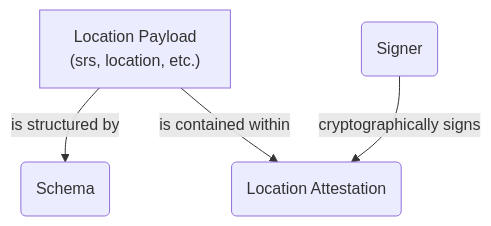
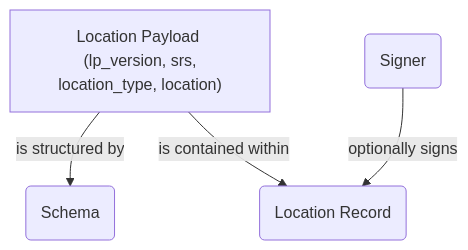
One commit to DecentralizedGeo/location-protocol-spec changed the first of 2 diagrams in docs/spec-page/introduction/core-concepts.md. Above: the diagram before and after it, drawn with Mermaid. The commit also changed other lines of this file and 5 other files, not shown here.

````diff
--- a/docs/spec-page/introduction/core-concepts.md
+++ b/docs/spec-page/introduction/core-concepts.md
@@ -50,6 +50,6 @@
 ```mermaid
 graph TD;
-    A["Location Payload <br/> (srs, location, etc.)"] -->|is structured by| B(Schema);
-    A -->|is contained within| C(Location Attestation);
-    D(Signer) -->|cryptographically signs| C;
+    A["Location Payload <br/> (lp_version, srs, location_type, location)"] -->|is structured by| B(Schema);
+    A -->|is contained within| C(Location Record);
+    D(Signer) -->|optionally signs| C;
 ```
````
